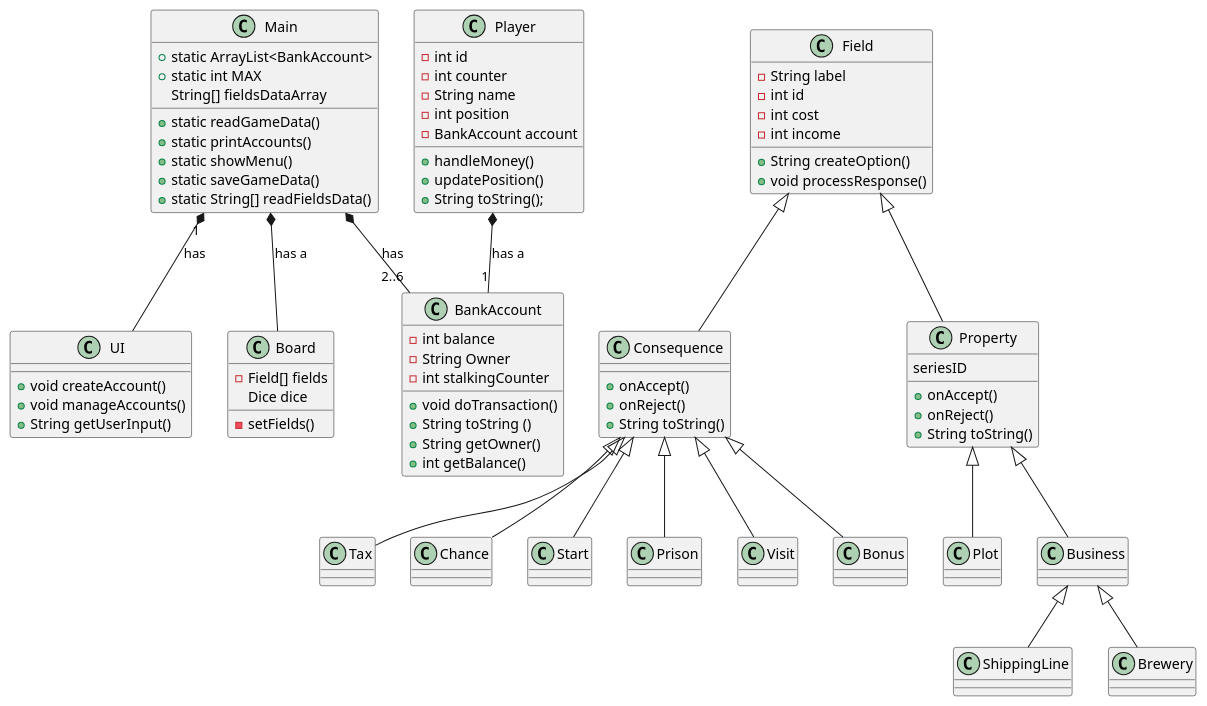
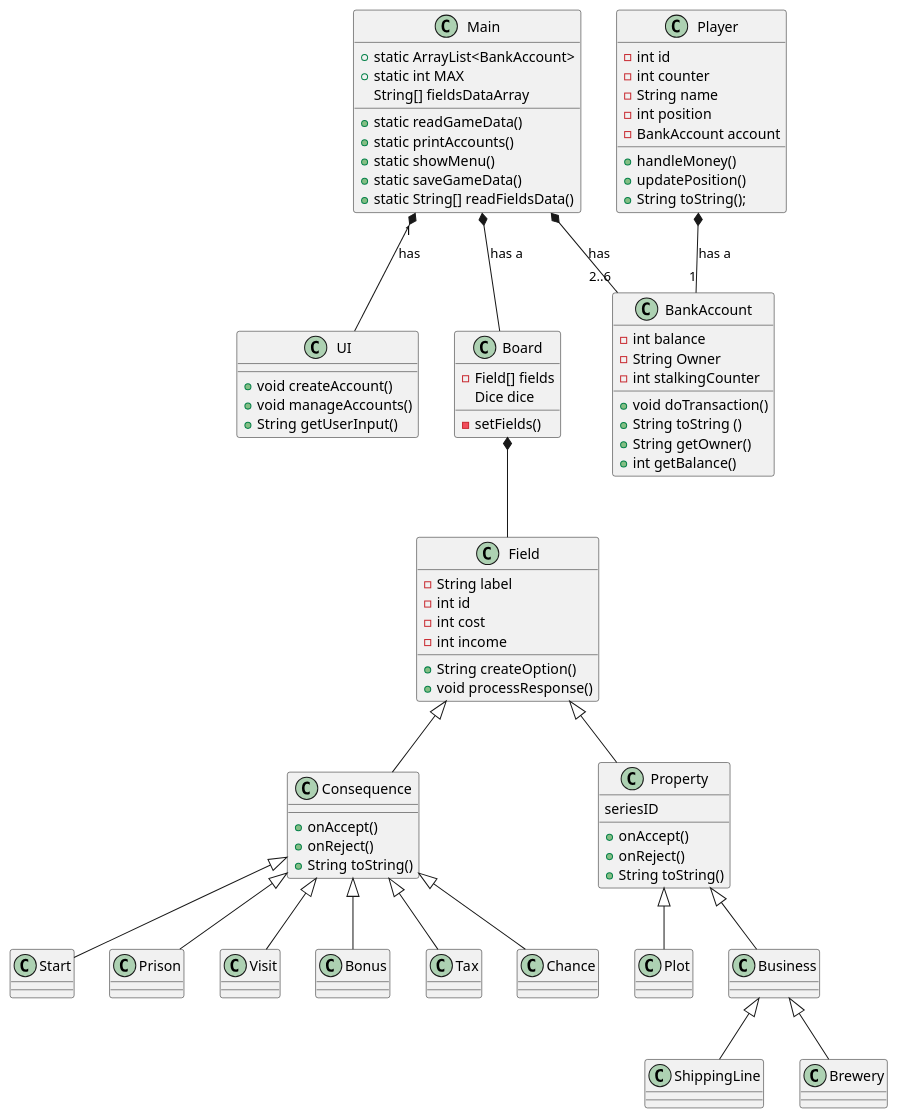
Before and after one commit to coerth/Opgaver: the diagram in Arbejdsmappe/IntelliJ/Matador/out/production/Matador/Overview.puml, drawn with PlantUML. The commit also changed 52 other files, not shown here.

```diff
--- a/Arbejdsmappe/IntelliJ/Matador/out/production/Matador/Overview.puml
+++ b/Arbejdsmappe/IntelliJ/Matador/out/production/Matador/Overview.puml
@@ -1,74 +1,74 @@
 @startuml
 'https://plantuml.com/sequence-diagram
 
 Main  *-- "2..6" BankAccount : has
 Main "1" *-- UI : has
 Player *-- "1" BankAccount : has a
 Field <|-- Consequence
 Field <|-- Property
 Main *-- Board : has a
 Consequence <|-- Tax
 Consequence <|-- Chance
 Consequence <|-- Start
 Consequence <|-- Prison
 Consequence <|-- Visit
 Consequence <|-- Bonus
 Property <|-- Plot
 Property <|-- Business
 Business <|-- ShippingLine
 Business <|-- Brewery
-
+Board *-- Field
 
 Player : - int id
 Player : - int counter
 Player : - String name
 Player : - int position
 Player : - BankAccount account
 Player : + handleMoney()
 Player : + updatePosition()
 Player : + String toString();
 
 BankAccount : - int balance
 BankAccount : - String Owner
 BankAccount : - int stalkingCounter
 BankAccount : + void doTransaction()
 BankAccount : + String toString ()
 BankAccount : + String getOwner()
 BankAccount : + int getBalance()
 
 UI : + void createAccount()
 UI : + void manageAccounts()
 UI : + String getUserInput()
 
 Main : + static ArrayList<BankAccount>
 Main : + static int MAX
 Main : String[] fieldsDataArray
 Main : + static readGameData()
 Main : + static printAccounts()
 Main : + static showMenu()
 Main : + static saveGameData()
 Main : + static String[] readFieldsData()
 
 Field : - String label
 Field : - int id
 Field : - int cost
 Field : - int income
 Field : + String createOption()
 Field : + void processResponse()
 
 Consequence : + onAccept()
 Consequence : + onReject()
 Consequence : + String toString()
 
 Property : seriesID
 Property : + onAccept()
 Property : + onReject()
 Property : + String toString()
 
 Board : - Field[] fields
 Board : Dice dice
 Board : - setFields()
 
 
 
 @enduml
```
